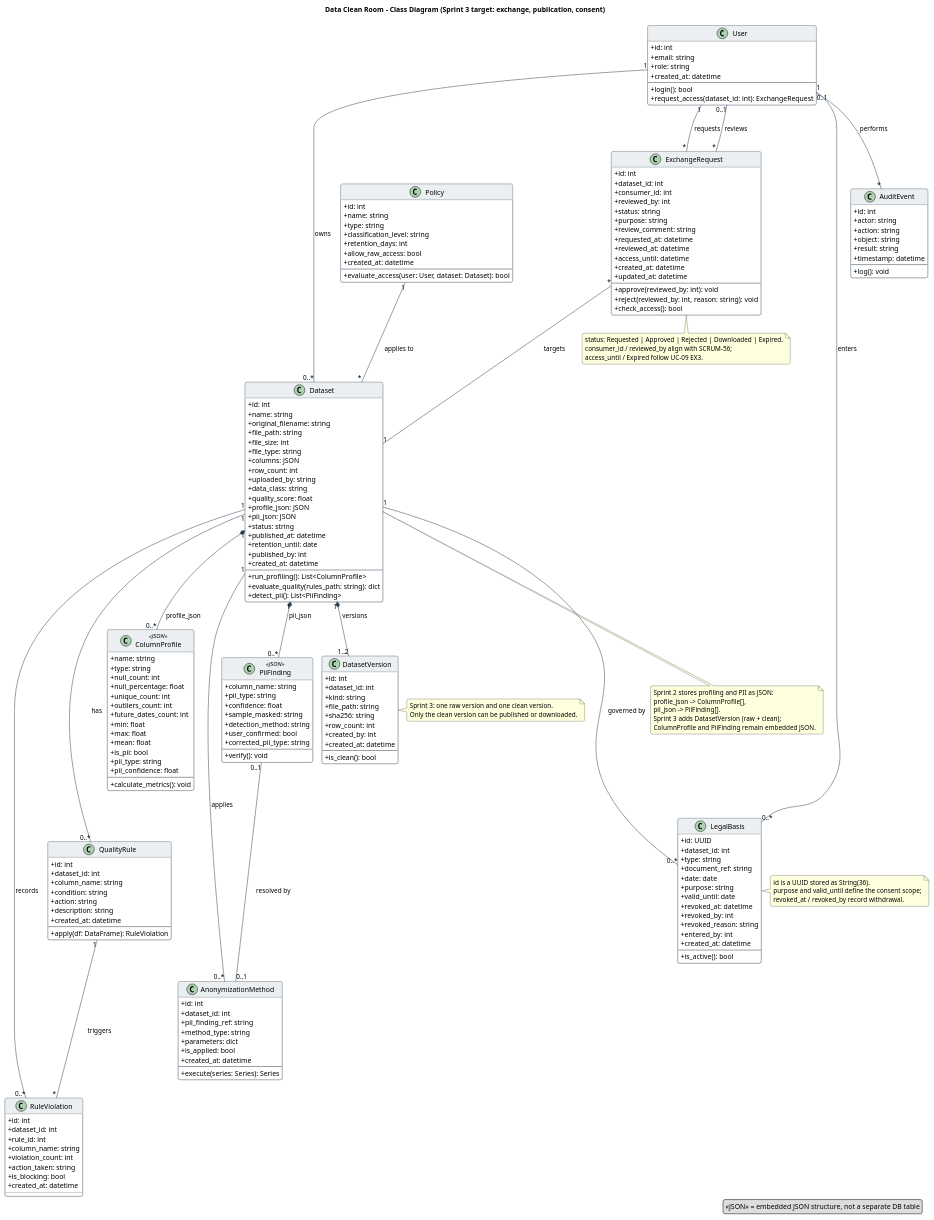
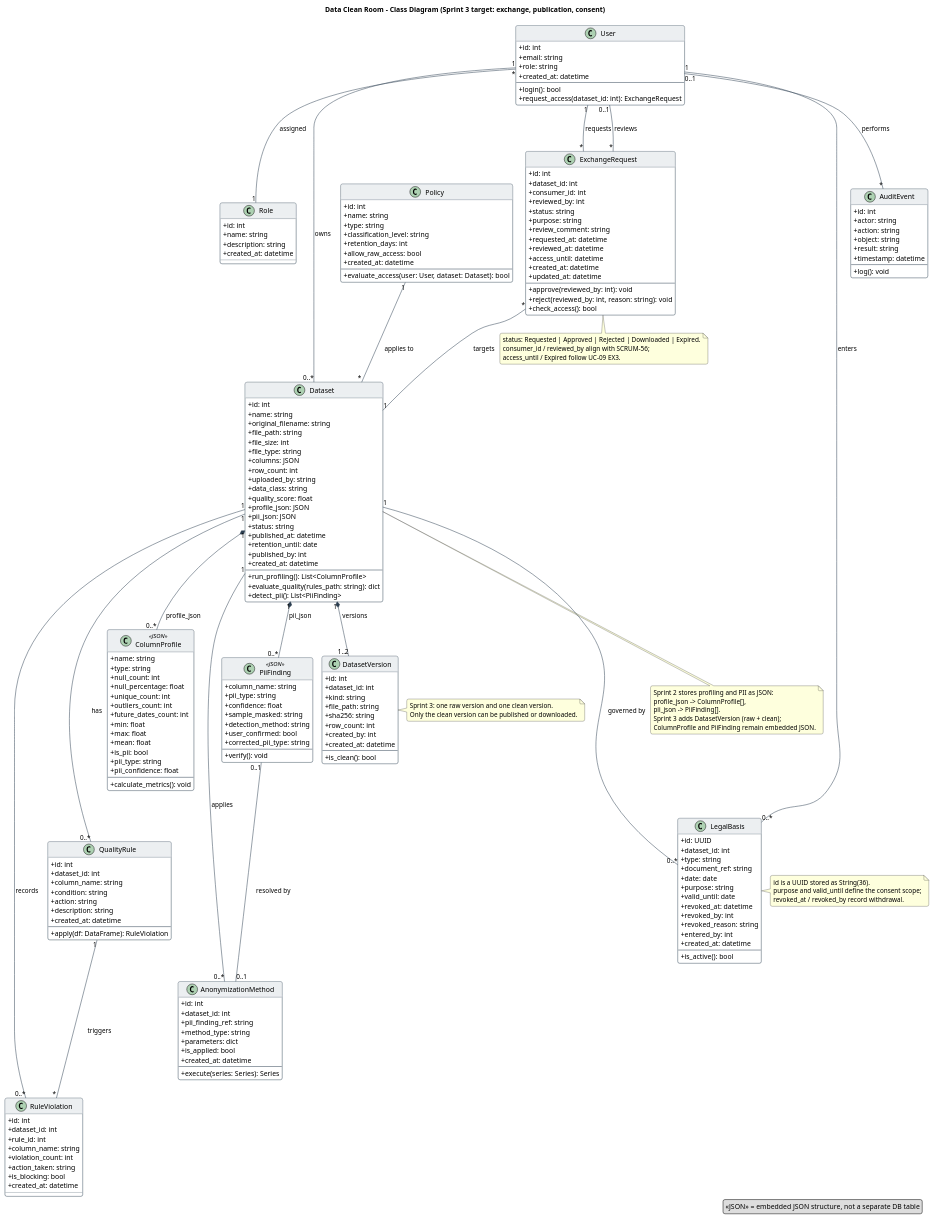
The diagram in docs/architecture/class-diagram.puml (olesJS/data_clean_room), drawn with PlantUML before and after one commit. The commit also changed 1 other file, not shown here.

Commit message:
docs(SCRUM-59): add Role entity to class diagram
Add the 13th entity Role (id, name, description, created_at) and the User-Role association; re-render the class diagram PNG.

```diff
--- a/docs/architecture/class-diagram.puml
+++ b/docs/architecture/class-diagram.puml
@@ -27,6 +27,13 @@
     --
     + login(): bool
     + request_access(dataset_id: int): ExchangeRequest
+}
+
+class Role {
+    + id: int
+    + name: string
+    + description: string
+    + created_at: datetime
 }
 
 class Policy {
@@ -198,6 +205,7 @@
 ' ==========================================
 
 User "1" --- "0..*" Dataset : owns >
+User "*" --- "1" Role : assigned >
 Policy "1" --- "*" Dataset : applies to >
 
 Dataset "1" --- "0..*" LegalBasis : governed by >
```
